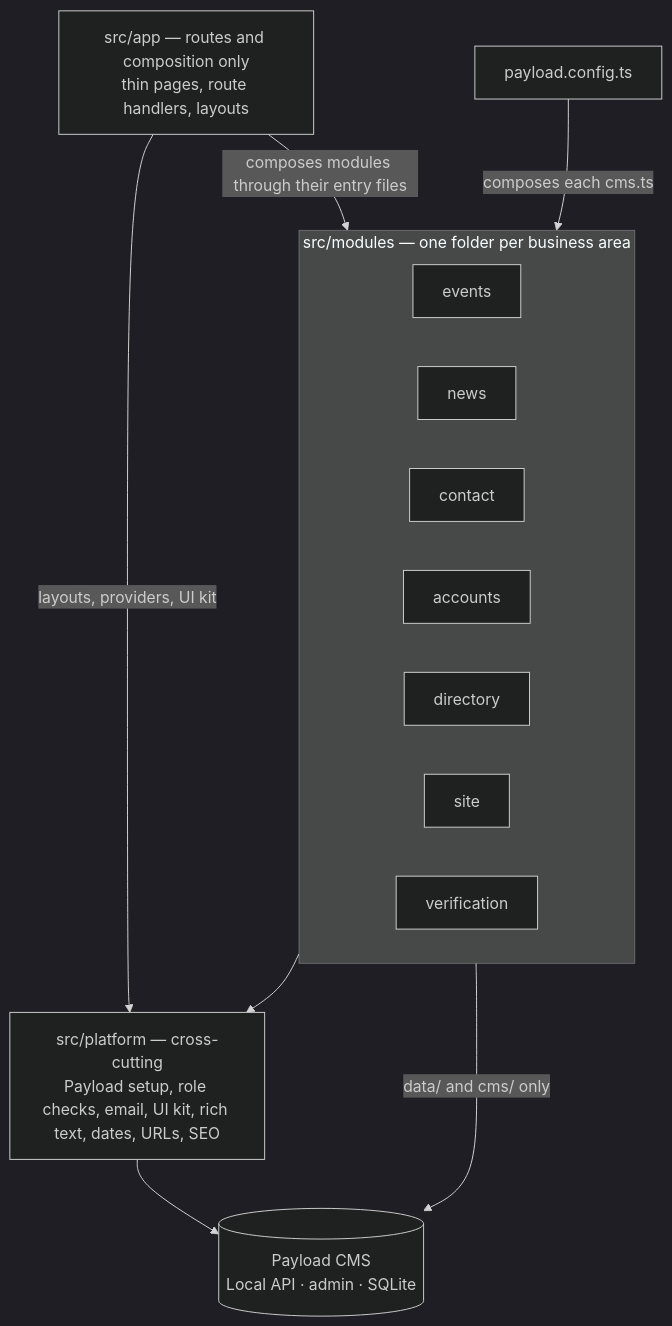
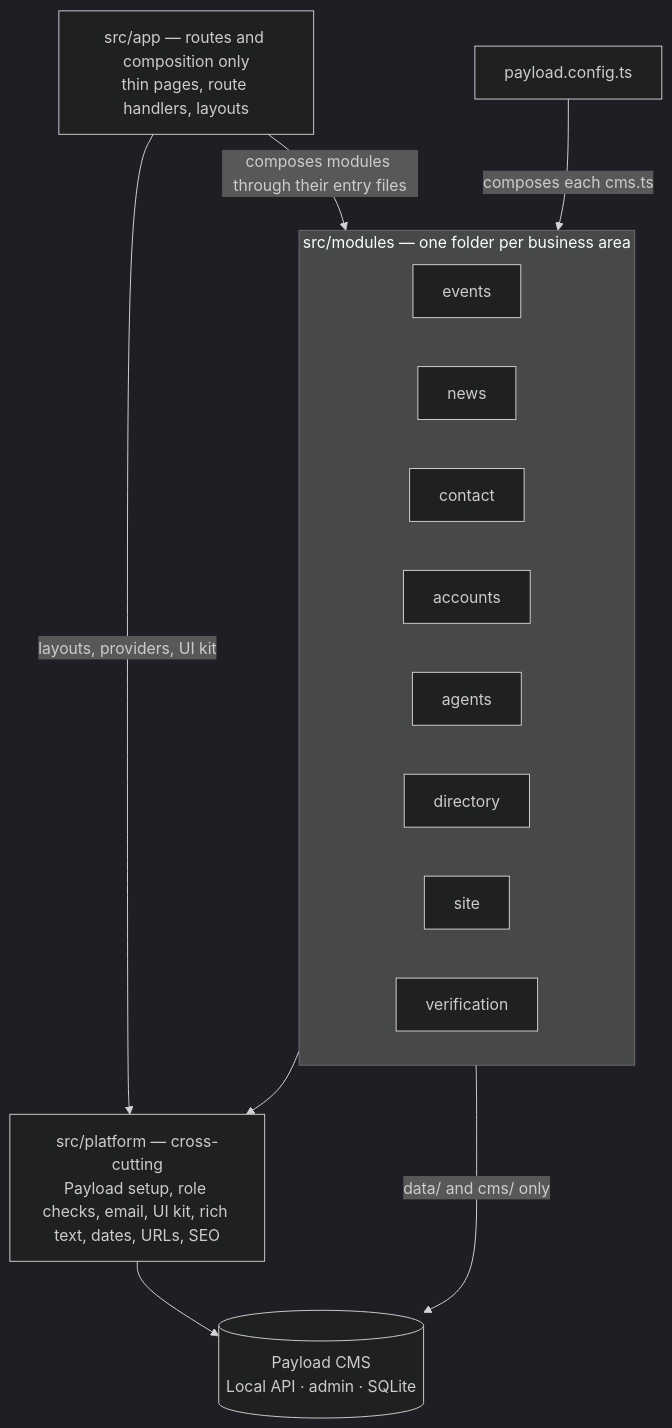
One commit to boulaajaj/sprecher-east-neighborhood-website changed the diagram in docs/architecture/README.md. Above: the diagram before and after it, drawn with Mermaid (dark theme). The commit also changed other lines of this file and 61 other files, not shown here.

````diff
--- a/docs/architecture/README.md
+++ b/docs/architecture/README.md
@@ -17,23 +17,24 @@
 ```mermaid
 flowchart TD
   app["src/app — routes and composition only<br/>thin pages, route handlers, layouts"]
   config["payload.config.ts"]
   subgraph modules["src/modules — one folder per business area"]
     events[events]
     news[news]
     contact[contact]
     accounts[accounts]
+    agents[agents]
     directory[directory]
     site[site]
     verification[verification]
   end
   platform["src/platform — cross-cutting<br/>Payload setup, role checks, email, UI kit, rich text, dates, URLs, SEO"]
   payload[("Payload CMS<br/>Local API · admin · SQLite")]
 
   app -->|"composes modules through their entry files"| modules
   app -->|"layouts, providers, UI kit"| platform
   config -->|"composes each cms.ts"| modules
   modules --> platform
   modules -->|"data/ and cms/ only"| payload
   platform --> payload
 ```
````
